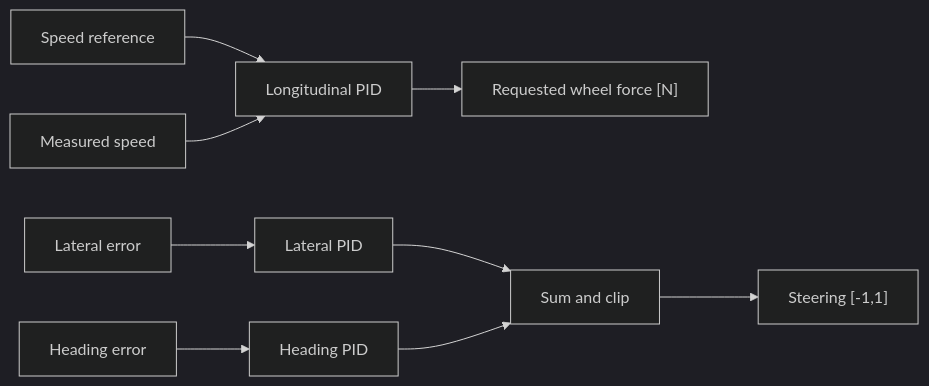
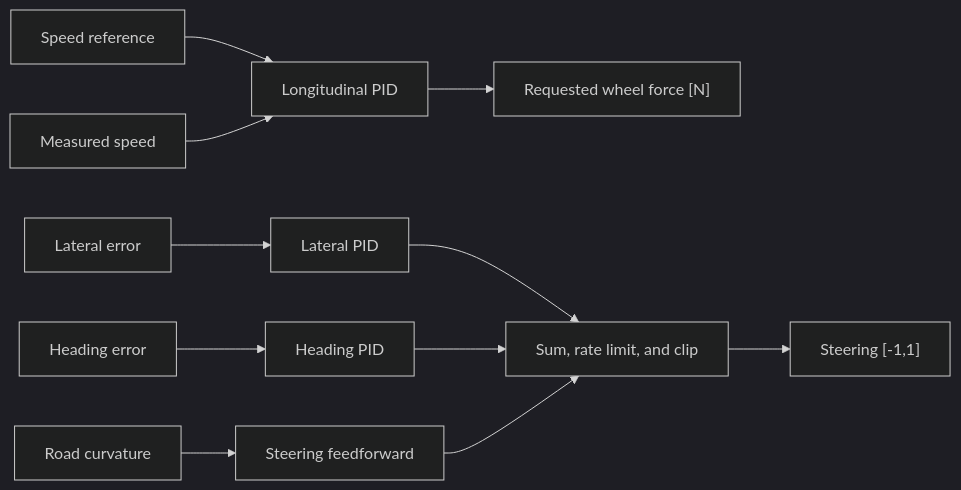
One commit to odetojsmith/Codesign-for-Cruise-Control changed the diagram in docs/control/pid.md. Above: the diagram before and after it, drawn with Mermaid (dark theme). The commit also changed other lines of this file and 77 other files, not shown here.

````diff
--- a/docs/control/pid.md
+++ b/docs/control/pid.md
@@ -61,12 +61,14 @@
 ```mermaid
 flowchart LR
     R["Speed reference"] --> LPID["Longitudinal PID"]
     V["Measured speed"] --> LPID
     LPID --> F["Requested wheel force [N]"]
 
     L["Lateral error"] --> LAT["Lateral PID"]
     H["Heading error"] --> HPID["Heading PID"]
-    LAT --> SUM["Sum and clip"]
+    K["Road curvature"] --> FF["Steering feedforward"]
+    LAT --> SUM["Sum, rate limit, and clip"]
     HPID --> SUM
+    FF --> SUM
     SUM --> STEER["Steering [-1,1]"]
 ```
````
